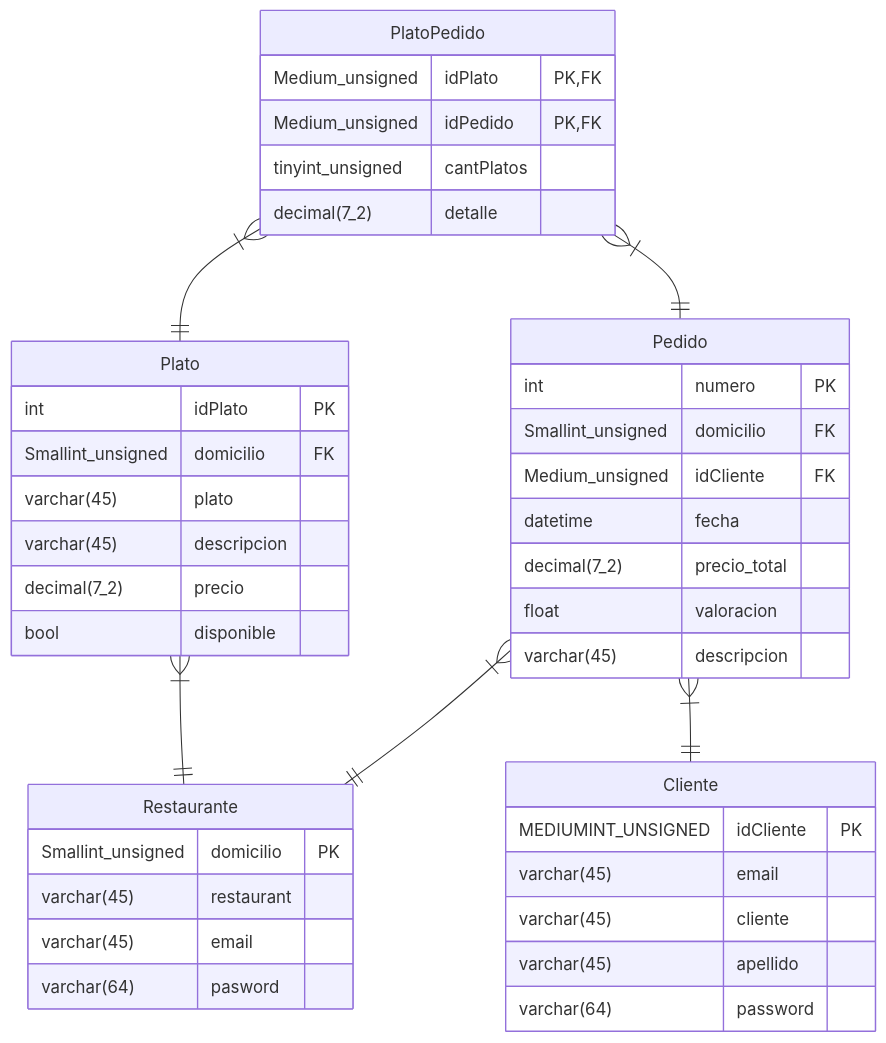
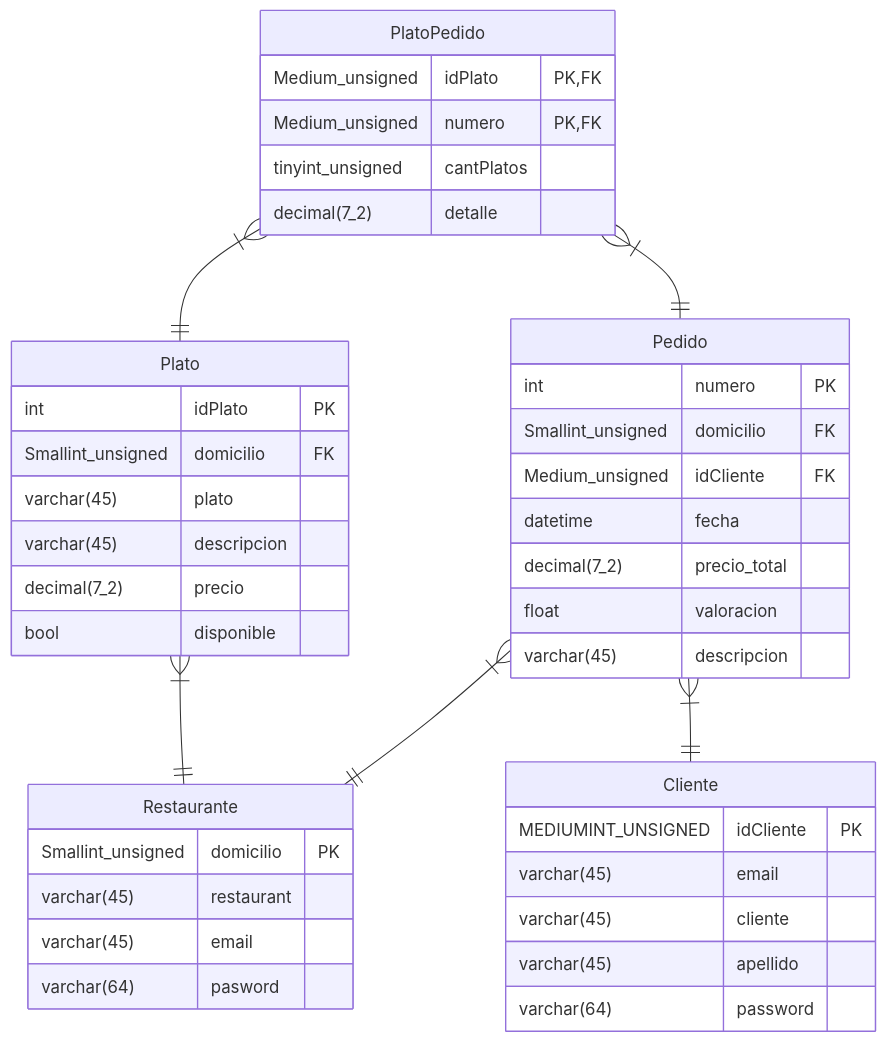
One commit to FranciscoBHF/Rapi_app changed the diagram in doc/README.md. Above: the diagram before and after it, drawn with Mermaid.

Commit message:
Coreccion de num

````diff
--- a/doc/README.md
+++ b/doc/README.md
@@ -1,45 +1,45 @@
 ```mermaid
 erDiagram
     Restaurante{
         Smallint_unsigned  domicilio PK
         varchar(45) restaurant
         varchar(45) email
         varchar(64) pasword
 
     }
     Plato{
         int idPlato PK
         Smallint_unsigned domicilio FK
         varchar(45) plato
         varchar(45) descripcion
         decimal(7_2) precio
         bool disponible
     }   
     Cliente{
         MEDIUMINT_UNSIGNED idCliente PK
         varchar(45) email 
         varchar(45) cliente
         varchar(45) apellido
         varchar(64) password
     }
     Pedido{
         int numero PK
         Smallint_unsigned domicilio FK
         Medium_unsigned idCliente FK
         datetime fecha
         decimal(7_2) precio_total 
         float valoracion 
         varchar(45) descripcion
     }
     PlatoPedido{
         Medium_unsigned idPlato PK,FK
-        Medium_unsigned idPedido PK,FK
+        Medium_unsigned numero PK,FK
         tinyint_unsigned cantPlatos
         decimal(7_2) detalle 
     }
     Plato }|--|| Restaurante : ""
     Pedido }|--|| Restaurante : ""
     PlatoPedido }|--|| Plato : ""
     PlatoPedido }|--|| Pedido : ""
     Pedido }|--|| Cliente : ""
 ```
````
